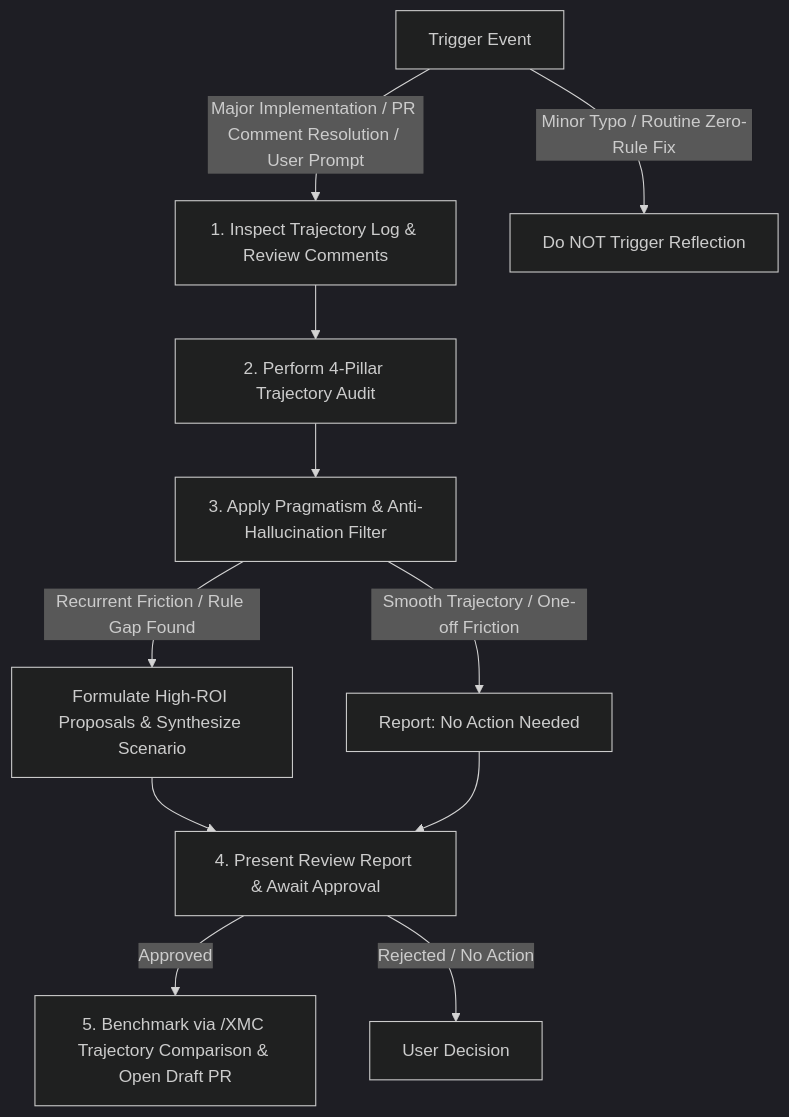
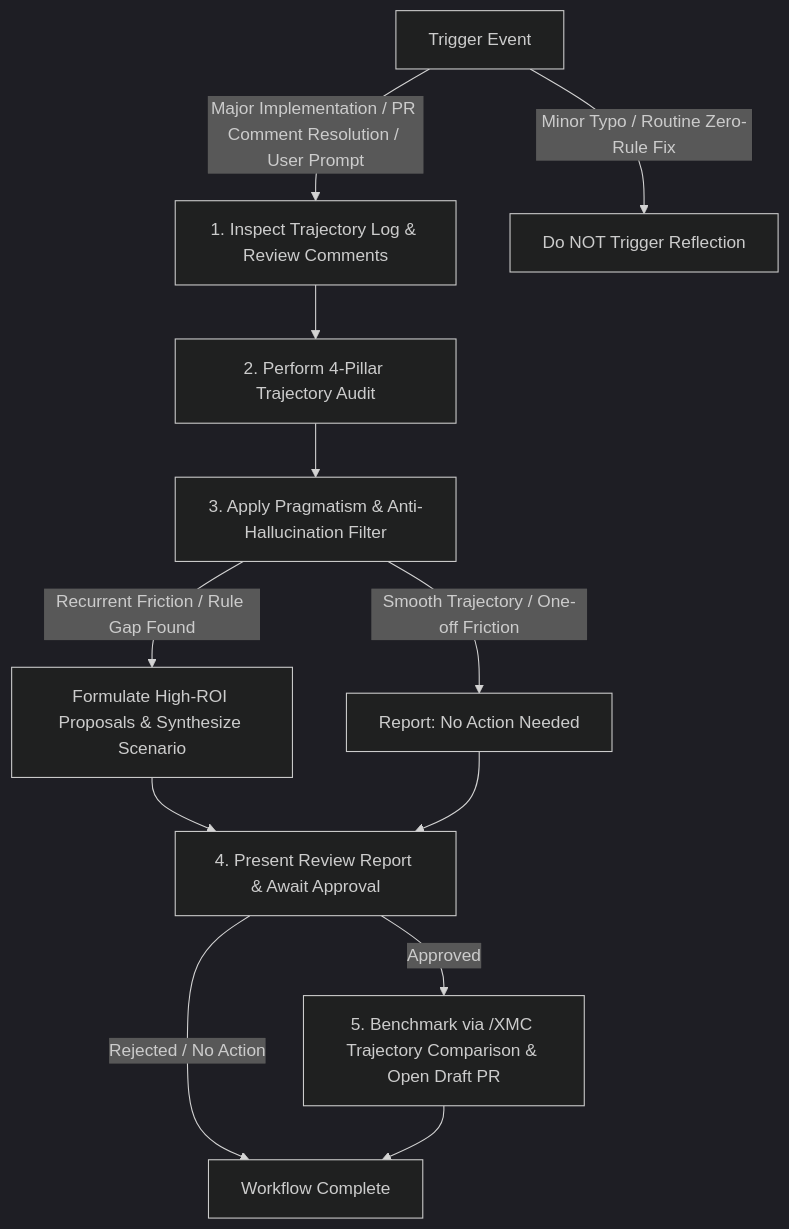
One commit to google/xmc changed the diagram in .agents/skills/xmc_iterative_reflection/SKILL.md. Above: the diagram before and after it, drawn with Mermaid (dark theme). The commit also changed 1 other file, not shown here.

Commit message:
fix(skills): address Gemini review bot feedback on Mermaid diagrams and paths
- Connect dangling nodes in Mermaid diagrams for address_pr_comment and iterative_reflection skills
- Update repository-root relative paths in address_pr_comment proposal table

Comment link: https://github.com/google/xmc/pull/480#discussion_r3813639622
TAG=agy
CONV=f76e0526-ff7a-4d1b-9711-c9af1669892f

````diff
--- a/.agents/skills/xmc_iterative_reflection/SKILL.md
+++ b/.agents/skills/xmc_iterative_reflection/SKILL.md
@@ -10,12 +10,13 @@
 ```mermaid
 graph TD
     A[Trigger Event] -->|Major Implementation / PR Comment Resolution / User Prompt| B[1. Inspect Trajectory Log & Review Comments]
     A -->|Minor Typo / Routine Zero-Rule Fix| Stop[Do NOT Trigger Reflection]
     B --> C[2. Perform 4-Pillar Trajectory Audit]
     C --> D[3. Apply Pragmatism & Anti-Hallucination Filter]
     D -->|Recurrent Friction / Rule Gap Found| E[Formulate High-ROI Proposals & Synthesize Scenario]
     D -->|Smooth Trajectory / One-off Friction| F[Report: No Action Needed]
     E & F --> G[4. Present Review Report & Await Approval]
     G -->|Approved| H[5. Benchmark via /XMC Trajectory Comparison & Open Draft PR]
-    G -->|Rejected / No Action| End[User Decision]
+    G -->|Rejected / No Action| End[Workflow Complete]
+    H --> End
 ```
````
